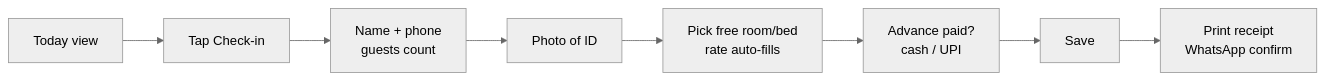
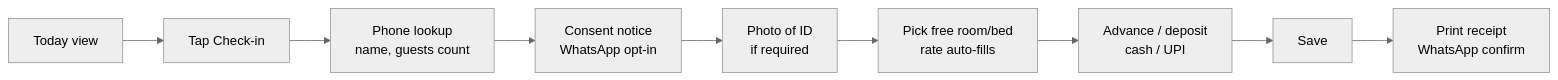
The first of 2 diagrams in docs/PRD.md (Yashkatiyar24/PMS), drawn with Mermaid (neutral theme) before and after one commit. The commit also changed other lines of this file, not shown here.

````diff
--- a/docs/PRD.md
+++ b/docs/PRD.md
@@ -58,10 +66,11 @@
 ```mermaid
 flowchart LR
   A[Today view] --> B[Tap Check-in]
-  B --> C[Name + phone<br/>guests count]
-  C --> D[Photo of ID]
-  D --> E[Pick free room/bed<br/>rate auto-fills]
-  E --> F[Advance paid?<br/>cash / UPI]
-  F --> G[Save]
-  G --> H[Print receipt<br/>WhatsApp confirm]
+  B --> C[Phone lookup<br/>name, guests count]
+  C --> D[Consent notice<br/>WhatsApp opt-in]
+  D --> E[Photo of ID<br/>if required]
+  E --> F[Pick free room/bed<br/>rate auto-fills]
+  F --> G[Advance / deposit<br/>cash / UPI]
+  G --> H[Save]
+  H --> I[Print receipt<br/>WhatsApp confirm]
 ```
````
